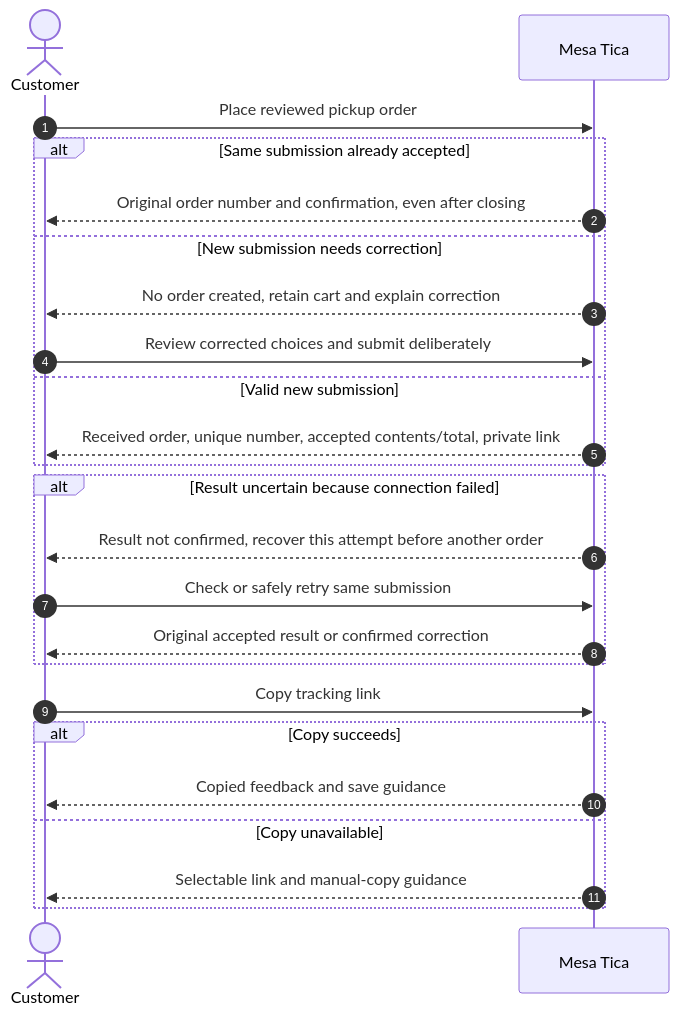
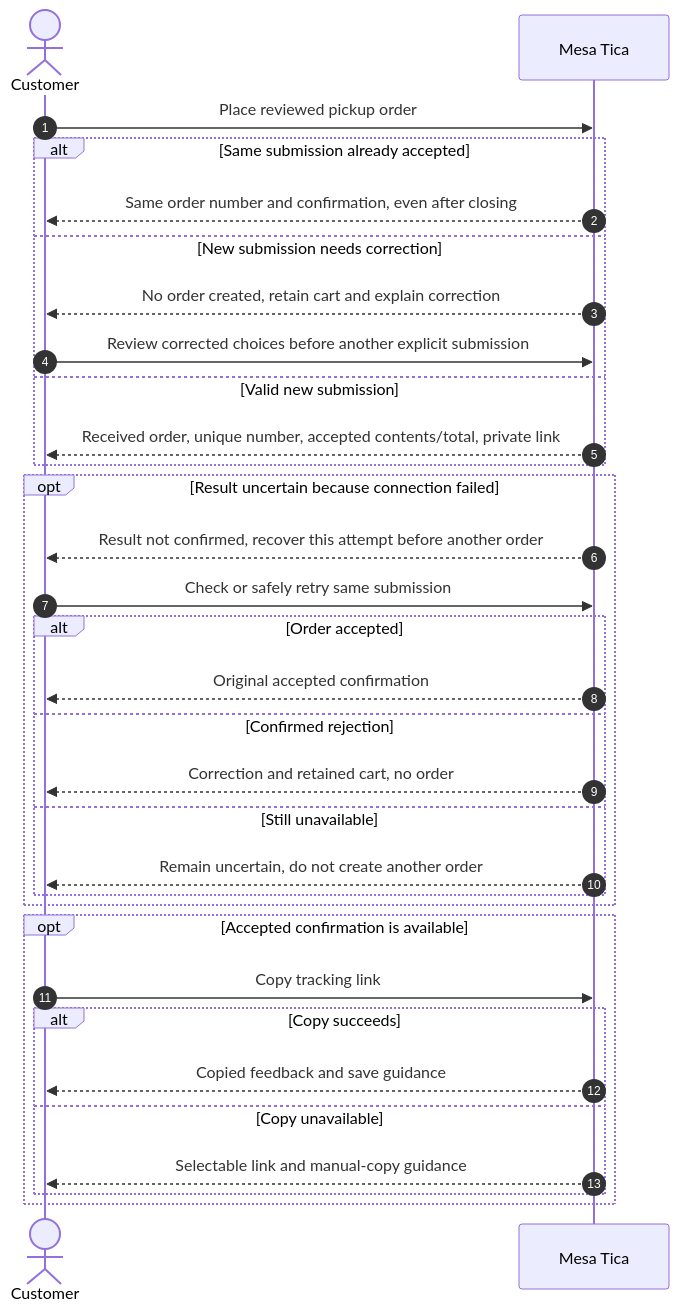
Before and after one commit to axantillon/mesa-tica: the diagram in design/diagrams/A3-checkout.mmd, drawn with Mermaid. The commit also changed 5 other files, not shown here.

```diff
--- a/design/diagrams/A3-checkout.mmd
+++ b/design/diagrams/A3-checkout.mmd
@@ -1,24 +1,32 @@
 sequenceDiagram
     autonumber
     actor Customer
     participant Product as Mesa Tica
     Customer->>Product: Place reviewed pickup order
     alt Same submission already accepted
-    Product-->>Customer: Original order number and confirmation, even after closing
+    Product-->>Customer: Same order number and confirmation, even after closing
     else New submission needs correction
     Product-->>Customer: No order created, retain cart and explain correction
-    Customer->>Product: Review corrected choices and submit deliberately
+    Customer->>Product: Review corrected choices before another explicit submission
     else Valid new submission
     Product-->>Customer: Received order, unique number, accepted contents/total, private link
     end
-    alt Result uncertain because connection failed
+    opt Result uncertain because connection failed
     Product-->>Customer: Result not confirmed, recover this attempt before another order
     Customer->>Product: Check or safely retry same submission
-    Product-->>Customer: Original accepted result or confirmed correction
+    alt Order accepted
+    Product-->>Customer: Original accepted confirmation
+    else Confirmed rejection
+    Product-->>Customer: Correction and retained cart, no order
+    else Still unavailable
+    Product-->>Customer: Remain uncertain, do not create another order
     end
+    end
+    opt Accepted confirmation is available
     Customer->>Product: Copy tracking link
     alt Copy succeeds
     Product-->>Customer: Copied feedback and save guidance
     else Copy unavailable
     Product-->>Customer: Selectable link and manual-copy guidance
     end
+    end
```
